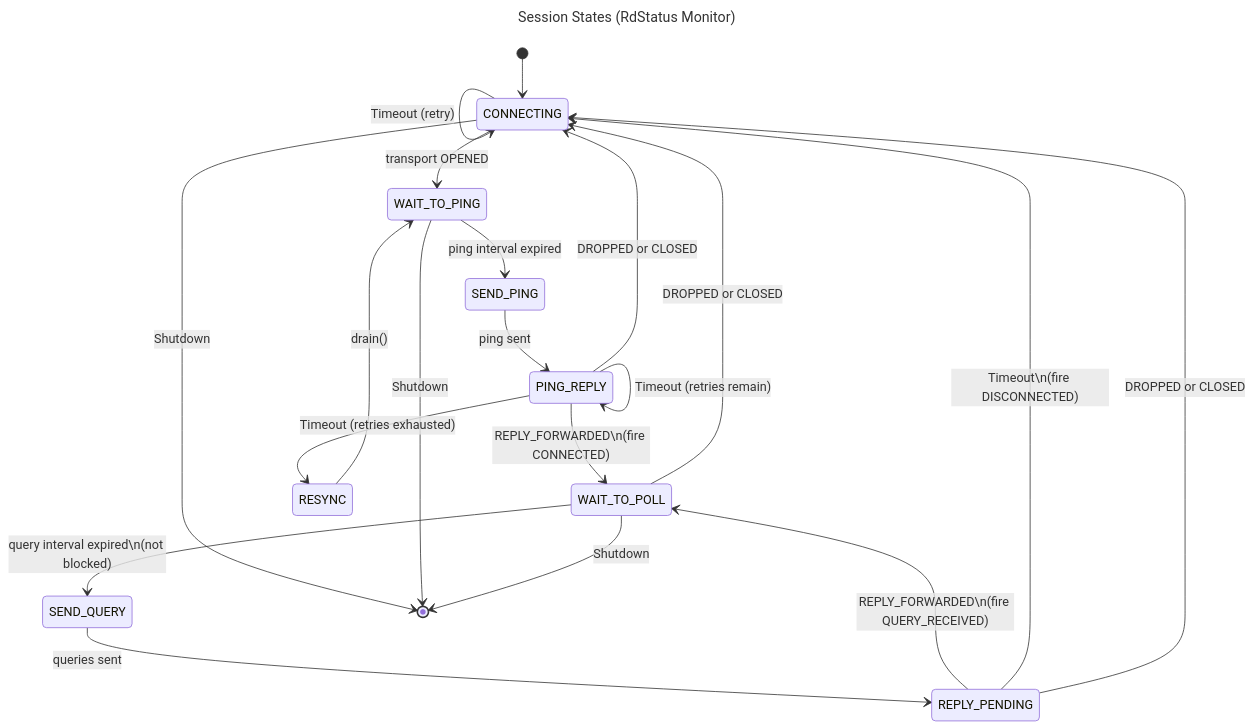
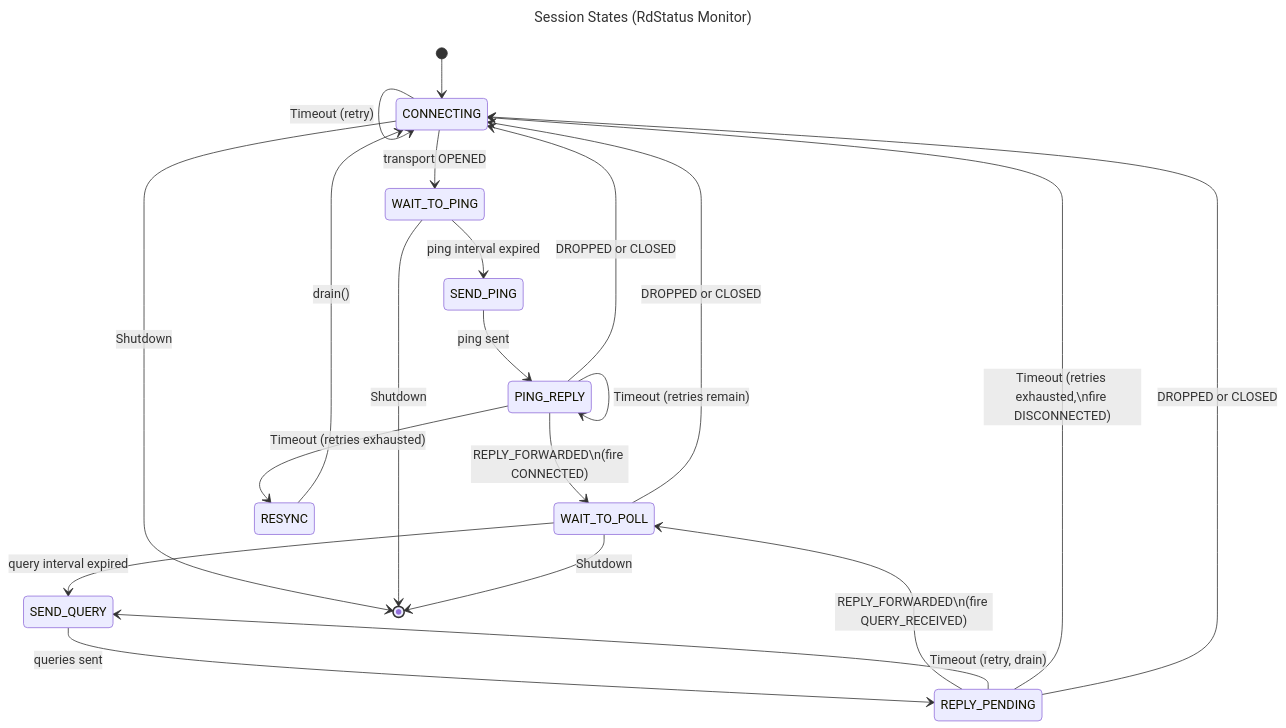
The fifth of 6 diagrams in docs/designs/RuidaDriver-functional.md (StevenIsaacs/ruida-pa), drawn with Mermaid before and after one commit. The commit also changed other lines of this file and 6 other files, not shown here.

Commit message:
version: Bumped version to 0.20.1. fix: RdStatus query-reply timeout no longer treated as a disconnect; query is retried (QUERY_RETRY_COUNT=3) with an is_idle-guarded drain before DISCONNECTED fires.

````diff
--- a/docs/designs/RuidaDriver-functional.md
+++ b/docs/designs/RuidaDriver-functional.md
@@ -362,34 +362,35 @@
 ```mermaid
 ---
 title: Session States (RdStatus Monitor)
 ---
 stateDiagram-v2
     [*] --> CONNECTING
 
     CONNECTING --> WAIT_TO_PING: transport OPENED
     CONNECTING --> CONNECTING: Timeout (retry)
 
     WAIT_TO_PING --> SEND_PING: ping interval expired
 
     SEND_PING --> PING_REPLY: ping sent
 
     PING_REPLY --> WAIT_TO_POLL: REPLY_FORWARDED\n(fire CONNECTED)
     PING_REPLY --> PING_REPLY: Timeout (retries remain)
     PING_REPLY --> RESYNC: Timeout (retries exhausted)
     PING_REPLY --> CONNECTING: DROPPED or CLOSED
 
-    RESYNC --> WAIT_TO_PING: drain()
+    RESYNC --> CONNECTING: drain()
 
-    WAIT_TO_POLL --> SEND_QUERY: query interval expired\n(not blocked)
+    WAIT_TO_POLL --> SEND_QUERY: query interval expired
     WAIT_TO_POLL --> CONNECTING: DROPPED or CLOSED
 
     SEND_QUERY --> REPLY_PENDING: queries sent
 
     REPLY_PENDING --> WAIT_TO_POLL: REPLY_FORWARDED\n(fire QUERY_RECEIVED)
-    REPLY_PENDING --> CONNECTING: Timeout\n(fire DISCONNECTED)
+    REPLY_PENDING --> SEND_QUERY: Timeout (retry, drain)
+    REPLY_PENDING --> CONNECTING: Timeout (retries exhausted,\nfire DISCONNECTED)
     REPLY_PENDING --> CONNECTING: DROPPED or CLOSED
 
     CONNECTING --> [*]: Shutdown
     WAIT_TO_PING --> [*]: Shutdown
     WAIT_TO_POLL --> [*]: Shutdown
 ```
````
